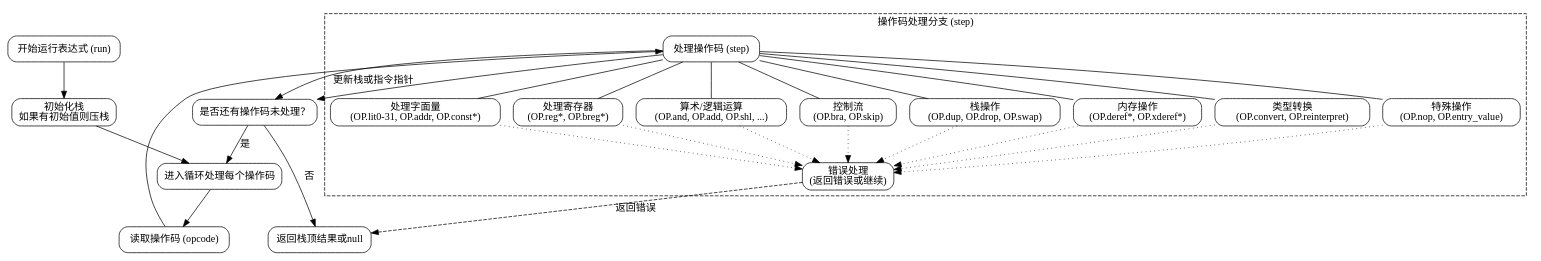
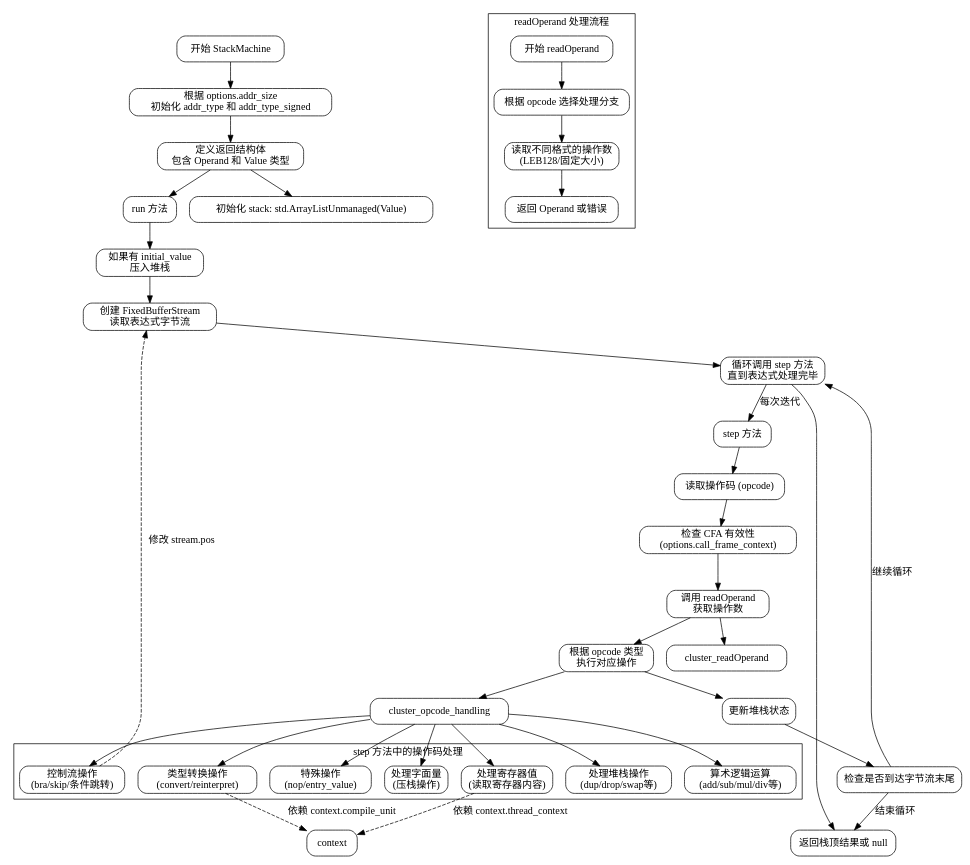
One commit to sdzx-1/deepseek-zig-reader changed the diagram in dot_std/debug/Dwarf/expression.zig.StackMachine.md. Above: the diagram before and after it, drawn with Graphviz. The commit also changed other lines of this file and 236 other files, not shown here.

````diff
--- a/dot_std/debug/Dwarf/expression.zig.StackMachine.md
+++ b/dot_std/debug/Dwarf/expression.zig.StackMachine.md
@@ -25,45 +29,73 @@
 ```dot
-digraph StackMachine {
+digraph StackMachineFlow {
     rankdir=TB;
-    node [shape=rectangle, style="rounded"];
+    node [shape=rectangle, style=rounded];
 
-    start [label="开始运行表达式 (run)"];
-    init_stack [label="初始化栈\n如果有初始值则压栈"];
-    loop [label="进入循环处理每个操作码"];
+    start [label="开始 StackMachine"];
+    init_addr_type [label="根据 options.addr_size\n初始化 addr_type 和 addr_type_signed"];
+    define_struct [label="定义返回结构体\n包含 Operand 和 Value 类型"];
+    stack_init [label="初始化 stack: std.ArrayListUnmanaged(Value)"];
+
+    run_method [label="run 方法"];
+    run_initial_value [label="如果有 initial_value\n压入堆栈"];
+    stream_init [label="创建 FixedBufferStream\n读取表达式字节流"];
+    step_loop [label="循环调用 step 方法\n直到表达式处理完毕"];
+    return_result [label="返回栈顶结果或 null"];
+
+    step_method [label="step 方法"];
     read_opcode [label="读取操作码 (opcode)"];
-    check_end [label="是否还有操作码未处理？"];
-    end [label="返回栈顶结果或null"];
-    handle_opcode [label="处理操作码 (step)"];
+    check_valid_cfa [label="检查 CFA 有效性\n(options.call_frame_context)"];
+    read_operand [label="调用 readOperand\n获取操作数"];
+    handle_opcode [label="根据 opcode 类型\n执行对应操作"];
+    update_stack [label="更新堆栈状态"];
+    check_stream_end [label="检查是否到达字节流末尾"];
 
-    start -> init_stack;
-    init_stack -> loop;
-    loop -> read_opcode;
-    read_opcode -> handle_opcode;
-    handle_opcode -> check_end;
-    check_end -> loop [label="是"];
-    check_end -> end [label="否"];
-
-    // 主要操作码处理分支
-    subgraph cluster_opcodes {
-        label="操作码处理分支 (step)";
-        style=dashed;
-
-        op_literals [label="处理字面量\n(OP.lit0-31, OP.addr, OP.const*)"];
-        op_registers [label="处理寄存器\n(OP.reg*, OP.breg*)"];
-        op_arithmetic [label="算术/逻辑运算\n(OP.and, OP.add, OP.shl, ...)"];
-        op_control_flow [label="控制流\n(OP.bra, OP.skip)"];
-        op_stack_ops [label="栈操作\n(OP.dup, OP.drop, OP.swap)"];
-        op_memory [label="内存操作\n(OP.deref*, OP.xderef*)"];
-        op_conversions [label="类型转换\n(OP.convert, OP.reinterpret)"];
-        op_special [label="特殊操作\n(OP.nop, OP.entry_value)"];
-        error_handling [label="错误处理\n(返回错误或继续)"];
-
-        handle_opcode -> {op_literals, op_registers, op_arithmetic, op_control_flow, op_stack_ops, op_memory, op_conversions, op_special} [dir=none];
-        {op_literals op_registers op_arithmetic op_control_flow op_stack_ops op_memory op_conversions op_special} -> error_handling [style=dotted];
+    subgraph cluster_readOperand {
+        label="readOperand 处理流程";
+        ro_start [label="开始 readOperand"];
+        ro_switch_opcode [label="根据 opcode 选择处理分支"];
+        ro_read_bytes [label="读取不同格式的操作数\n(LEB128/固定大小)"];
+        ro_return [label="返回 Operand 或错误"];
+        ro_start -> ro_switch_opcode -> ro_read_bytes -> ro_return;
     }
 
-    // 操作码处理后的逻辑
-    handle_opcode -> check_end [label="更新栈或指令指针"];
-    error_handling -> end [label="返回错误" style=dashed];
+    subgraph cluster_opcode_handling {
+        label="step 方法中的操作码处理";
+        op_literals [label="处理字面量\n(压栈操作)"];
+        op_registers [label="处理寄存器值\n(读取寄存器内容)"];
+        op_stack_ops [label="处理堆栈操作\n(dup/drop/swap等)"];
+        op_arithmetic [label="算术逻辑运算\n(add/sub/mul/div等)"];
+        op_control_flow [label="控制流操作\n(bra/skip/条件跳转)"];
+        op_type_conv [label="类型转换操作\n(convert/reinterpret)"];
+        op_special [label="特殊操作\n(nop/entry_value)"];
+    }
+
+    start -> init_addr_type -> define_struct -> stack_init;
+    define_struct -> run_method;
+    
+    run_method -> run_initial_value -> stream_init -> step_loop -> return_result;
+    step_loop -> step_method [label="每次迭代"];
+    
+    step_method -> read_opcode -> check_valid_cfa -> read_operand -> handle_opcode;
+    handle_opcode -> update_stack -> check_stream_end;
+    
+    read_operand -> cluster_readOperand;
+    handle_opcode -> cluster_opcode_handling;
+    
+    cluster_opcode_handling -> op_literals;
+    cluster_opcode_handling -> op_registers;
+    cluster_opcode_handling -> op_stack_ops;
+    cluster_opcode_handling -> op_arithmetic;
+    cluster_opcode_handling -> op_control_flow;
+    cluster_opcode_handling -> op_type_conv;
+    cluster_opcode_handling -> op_special;
+    
+    check_stream_end -> step_loop [label="继续循环"];
+    check_stream_end -> return_result [label="结束循环"];
+    
+    edge [style=dashed];
+    op_control_flow -> stream_init [label="修改 stream.pos"];
+    op_registers -> context [label="依赖 context.thread_context"];
+    op_type_conv -> context [label="依赖 context.compile_unit"];
 }
 ```
````
